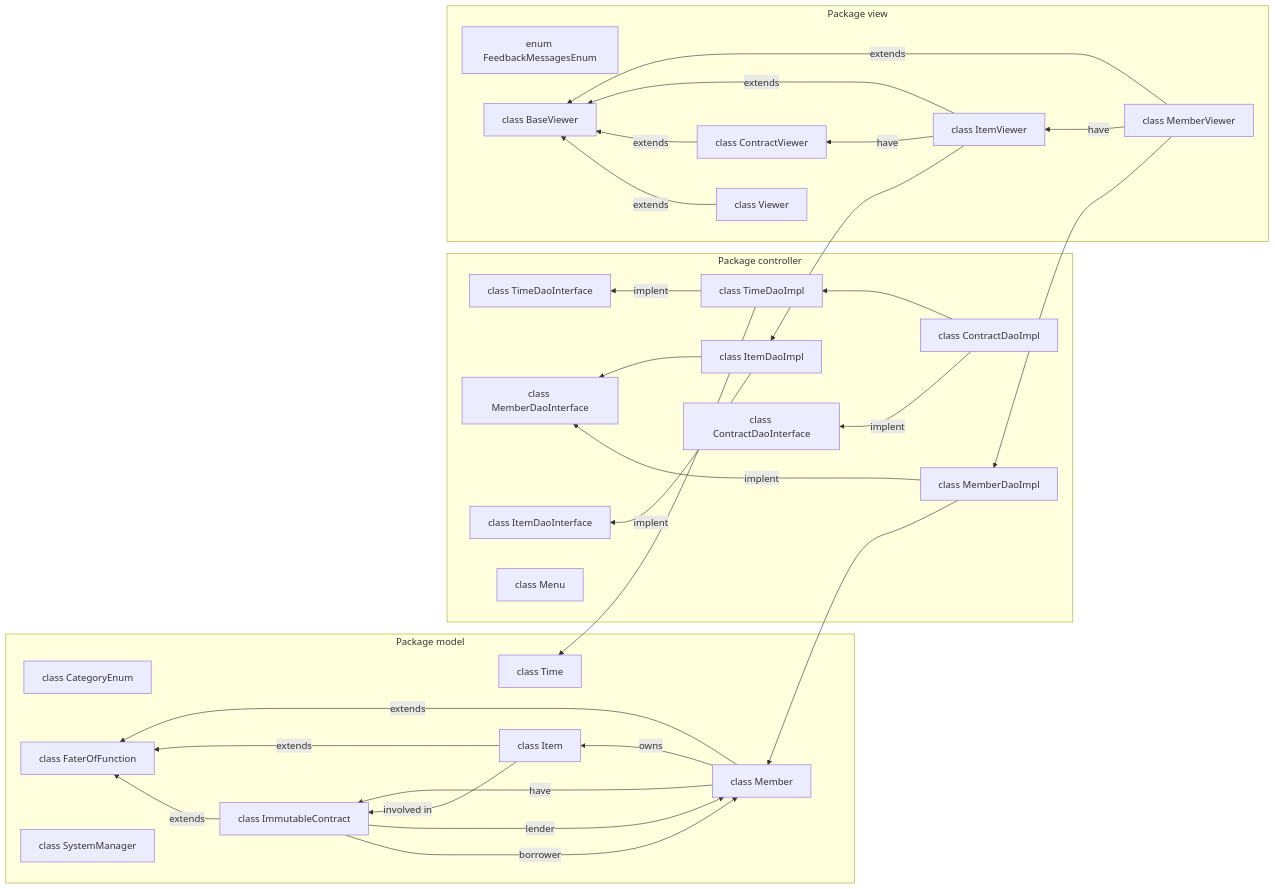
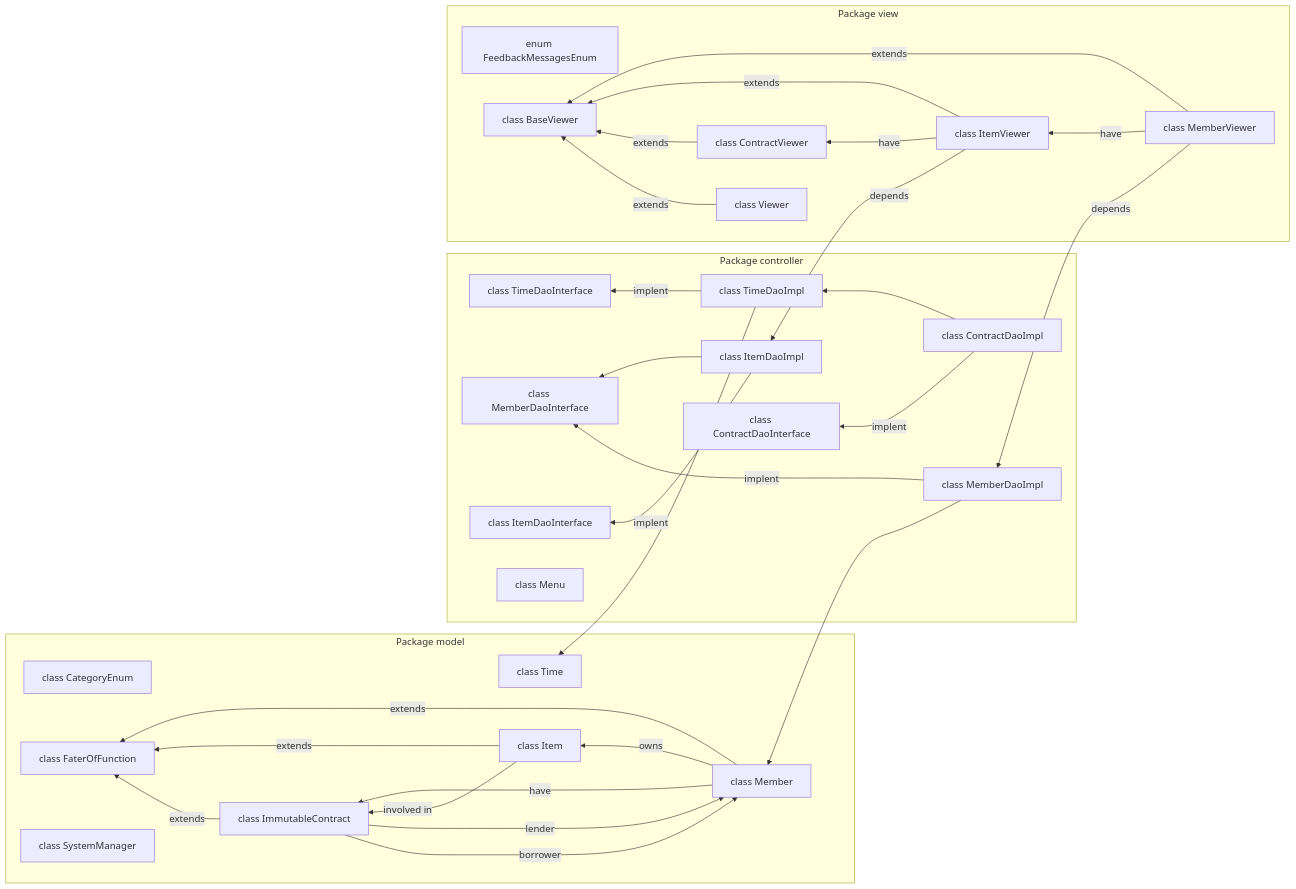
One commit to ashkar99/Stuff-Lending-System changed the first of 5 diagrams in design.md. Above: the diagram before and after it, drawn with Mermaid.

Commit message:
Update file design.md

````diff
--- a/design.md
+++ b/design.md
@@ -2,72 +2,72 @@
 ```mermaid
 
 graph RL
     subgraph Package model
     model1[class Time]
     model2[class Member]
     model3[class Item]
     model4[class CategoryEnum]
     model5[class ImmutableContract]
     model6[class FaterOfFunction]
     model7[class SystemManager ]
 
     end
 
     subgraph Package controller
     controller1[class TimeDaoImpl]  
     controller2[class TimeDaoInterface]      
     controller3[class MemberDaoInterface] 
     controller4[class MemberDaoImpl]     
     controller5[class ItemDaoInterface]  
     controller6[class ItemDaoImpl]       
     controller7[class ContractDaoInterface] 
     controller8[class ContractDaoImpl]
     controller9[ class Menu]
         
     end
 
     subgraph Package view
     view1[class MemberViewer]
     view2[class ItemViewer]
     view3[class ContractViewer]
     view4[enum FeedbackMessagesEnum]
     view5[class BaseViewer]
     view6[class Viewer]
     
     end
 
     controller6 --> controller3
     controller8 --> controller1
 
 
     model2 --"owns"--> model3 
     model2 --"have"--> model5 
     model3 --"involved in"--> model5 
     model5 --"lender"--> model2 
     model5 --"borrower"--> model2 
 
     
     model2 --"extends"--> model6
     model3 --"extends"--> model6
     model5 --"extends"--> model6
     
     view1 --"have"--> view2
     view2 --"have"--> view3
 
     controller6 --"implent"--> controller5  
     controller4 --"implent"--> controller3 
     controller8 --"implent"--> controller7  
     controller1 --"implent"--> controller2 
     
 
     controller1 --> model1
     controller4 --> model2
     
-    view2 --> controller6
-    view1 --> controller4
+    view2 --"depends"--> controller6
+    view1 --"depends"--> controller4
     view1 --"extends"--> view5
     view2 --"extends"--> view5
     view3 --"extends"--> view5
     view6 --"extends"--> view5
 
 ```
````
